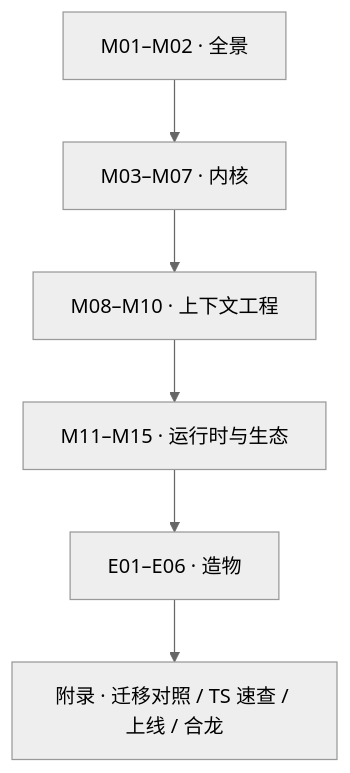
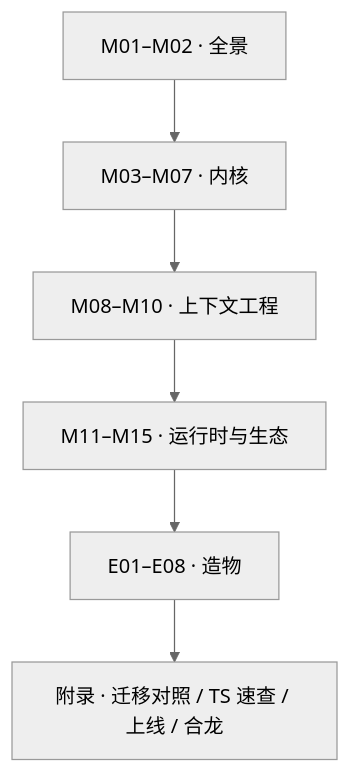
One commit to Daniel-csvw/pi-agent-book changed the diagram in README.md. Above: the diagram before and after it, drawn with Mermaid (neutral theme). The commit also changed other lines of this file and 53 other files, not shown here.

````diff
--- a/README.md
+++ b/README.md
@@ -147,8 +149,8 @@
 ```mermaid
 flowchart TB
     A["M01–M02 · 全景"] --> B["M03–M07 · 内核"]
     B --> C["M08–M10 · 上下文工程"]
     C --> D["M11–M15 · 运行时与生态"]
-    D --> E["E01–E06 · 造物"]
+    D --> E["E01–E08 · 造物"]
     E --> F["附录 · 迁移对照 / TS 速查 / 上线 / 合龙"]
 ```
````
